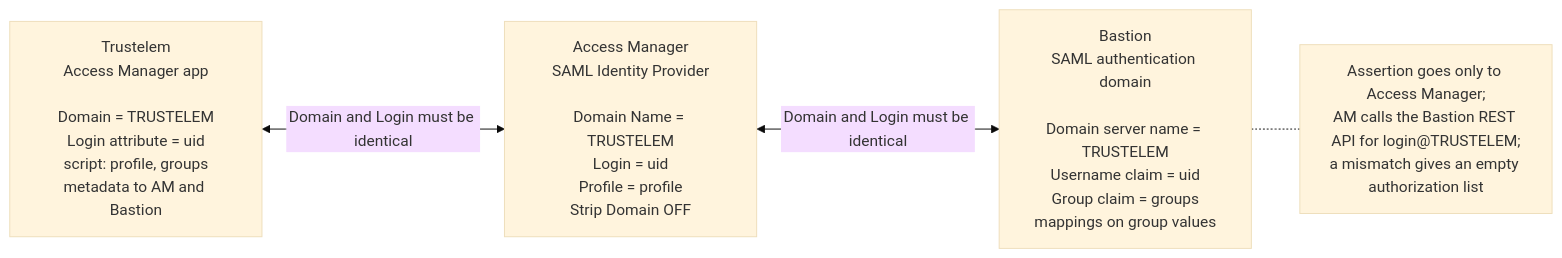
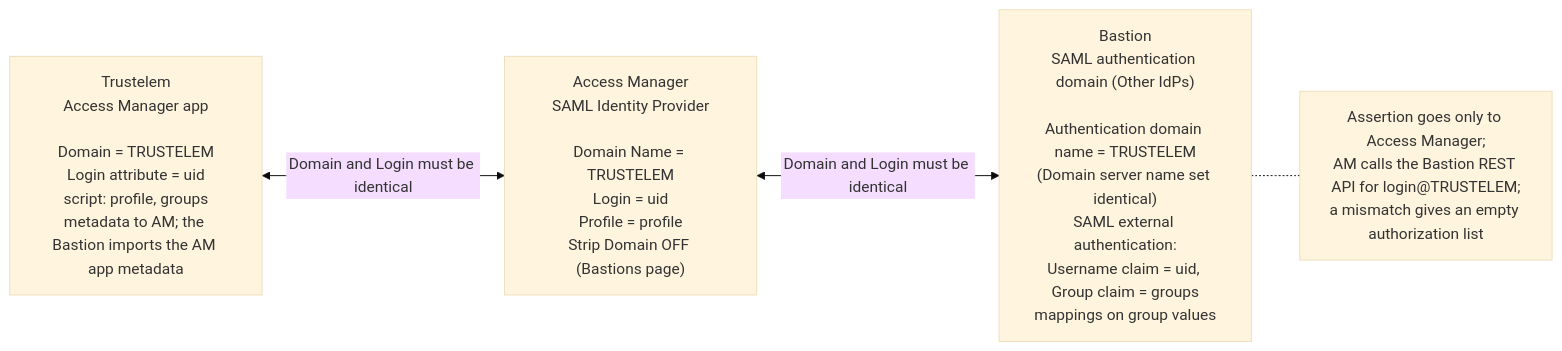
The diagram in tools/diagrams/11-naming-consistency.mmd (morandeirachema/Trustelem-), drawn with Mermaid (base theme) before and after one commit. The commit also changed 19 other files, not shown here.

Commit message:
Audit pass 2: diagrams synced with text, AM RADIUS listener 2812, Authentication domain name rule, gap B7

```diff
--- a/tools/diagrams/11-naming-consistency.mmd
+++ b/tools/diagrams/11-naming-consistency.mmd
@@ -1,8 +1,8 @@
 flowchart LR
-    T["Trustelem<br/>Access Manager app<br/><br/>Domain = TRUSTELEM<br/>Login attribute = uid<br/>script: profile, groups<br/>metadata to AM and Bastion"]
-    AM["Access Manager<br/>SAML Identity Provider<br/><br/>Domain Name = TRUSTELEM<br/>Login = uid<br/>Profile = profile<br/>Strip Domain OFF"]
-    B["Bastion<br/>SAML authentication domain<br/><br/>Domain server name = TRUSTELEM<br/>Username claim = uid<br/>Group claim = groups<br/>mappings on group values"]
+    T["Trustelem<br/>Access Manager app<br/><br/>Domain = TRUSTELEM<br/>Login attribute = uid<br/>script: profile, groups<br/>metadata to AM; the Bastion imports the AM app metadata"]
+    AM["Access Manager<br/>SAML Identity Provider<br/><br/>Domain Name = TRUSTELEM<br/>Login = uid<br/>Profile = profile<br/>Strip Domain OFF (Bastions page)"]
+    B["Bastion<br/>SAML authentication domain (Other IdPs)<br/><br/>Authentication domain name = TRUSTELEM<br/>(Domain server name set identical)<br/>SAML external authentication:<br/>Username claim = uid, Group claim = groups<br/>mappings on group values"]
     T <-->|Domain and Login must be identical| AM
     AM <-->|Domain and Login must be identical| B
     NOTE["Assertion goes only to Access Manager;<br/>AM calls the Bastion REST API for login@TRUSTELEM;<br/>a mismatch gives an empty authorization list"]
     B -.- NOTE
```
